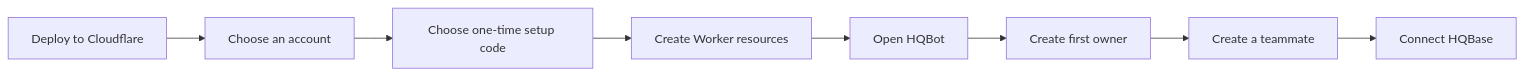
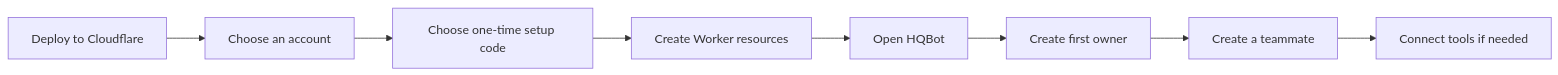
Before and after one commit to HQBase/hqbot: the diagram in docs/install.md, drawn with Mermaid. The commit also changed other lines of this file and 10 other files, not shown here.

````diff
--- a/docs/install.md
+++ b/docs/install.md
@@ -3,10 +3,10 @@
 ```mermaid
 flowchart LR
   Button[Deploy to Cloudflare] --> Account[Choose an account]
   Account --> Code[Choose one-time setup code]
   Code --> Resources[Create Worker resources]
   Resources --> Open[Open HQBot]
   Open --> Owner[Create first owner]
   Owner --> Bot[Create a teammate]
-  Bot --> Mail[Connect HQBase]
+  Bot --> Tools[Connect tools if needed]
 ```
````
